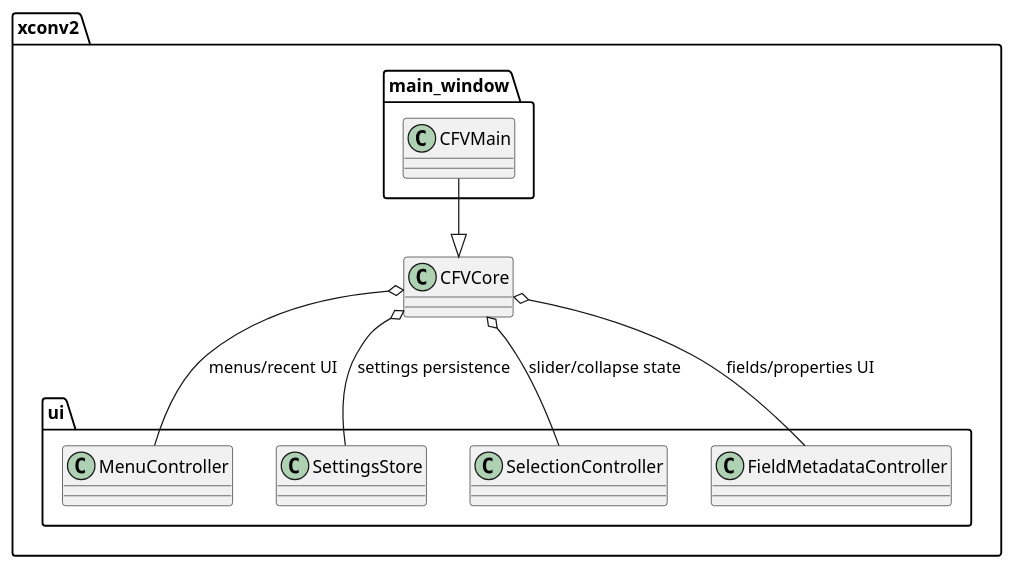
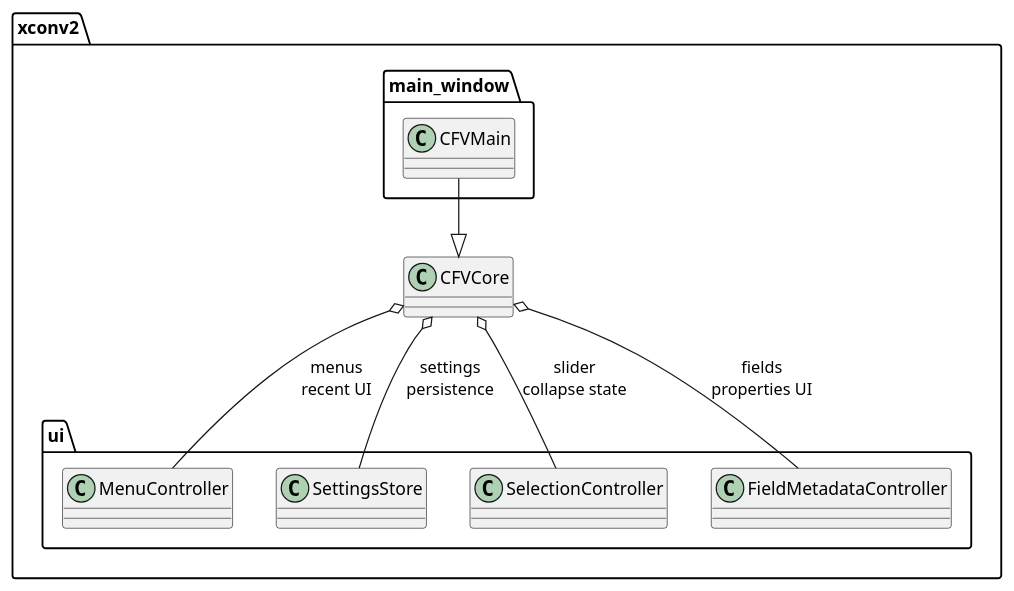
Before and after one commit to NCAS-CMS/xconv2: the first of 2 diagrams in docs/uml/core_window_phase2.puml, drawn with PlantUML. The commit also changed 4 other files, not shown here.

```diff
--- a/docs/uml/core_window_phase2.puml
+++ b/docs/uml/core_window_phase2.puml
@@ -1,24 +1,24 @@
 @startuml CoreWindowPhase2Class
 skinparam classAttributeIconSize 0
 
 package "xconv2" {
   class CFVCore
 }
 
 package "xconv2.main_window" {
   class CFVMain
 }
 
 package "xconv2.ui" {
   class MenuController
   class SettingsStore
   class SelectionController
   class FieldMetadataController
 }
 
 CFVMain --|> CFVCore
-CFVCore o-- MenuController : menus/recent UI
-CFVCore o-- SettingsStore : settings persistence
-CFVCore o-- SelectionController : slider/collapse state
-CFVCore o-- FieldMetadataController : fields/properties UI
+CFVCore o-- MenuController : menus\nrecent UI
+CFVCore o-- SettingsStore : settings\npersistence
+CFVCore o-- SelectionController : slider\ncollapse state
+CFVCore o-- FieldMetadataController : fields\nproperties UI
 @enduml
```
